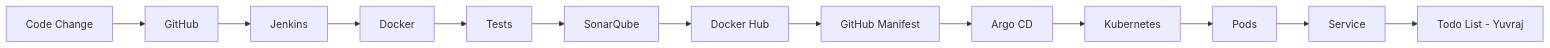
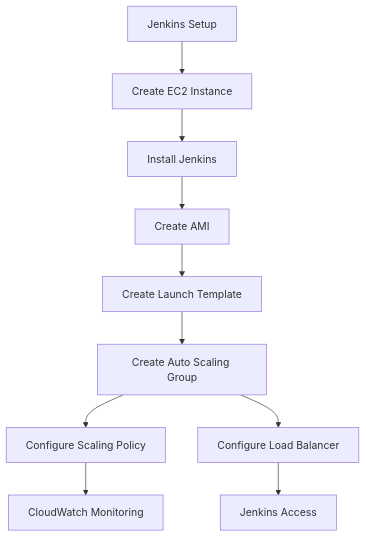
One commit to Yuvii2102/My-Devops-Cloud-Journey changed diagram 18 of 26 in DevOps-Labs-and-Projects/33-CI-CD-Interview-Prep/README.md. Above: the diagram before and after it, drawn with Mermaid. The commit also changed other lines of this file, not shown here.

````diff
--- a/DevOps-Labs-and-Projects/33-CI-CD-Interview-Prep/README.md
+++ b/DevOps-Labs-and-Projects/33-CI-CD-Interview-Prep/README.md
@@ -564,15 +711,12 @@
 ```mermaid
-flowchart LR
-    A[Code Change] --> B[GitHub]
-    B --> C[Jenkins]
-    C --> D[Docker]
-    D --> E[Tests]
-    E --> F[SonarQube]
-    F --> G[Docker Hub]
-    G --> H[GitHub Manifest]
-    H --> I[Argo CD]
-    I --> J[Kubernetes]
-    J --> K[Pods]
-    K --> L[Service]
-    L --> M[Todo List - Yuvraj]
+flowchart TD
+    A["Jenkins Setup"] --> B["Create EC2 Instance"]
+    B --> C["Install Jenkins"]
+    C --> D["Create AMI"]
+    D --> E["Create Launch Template"]
+    E --> F["Create Auto Scaling Group"]
+    F --> G["Configure Scaling Policy"]
+    F --> H["Configure Load Balancer"]
+    G --> I["CloudWatch Monitoring"]
+    H --> J["Jenkins Access"]
 ```
````
